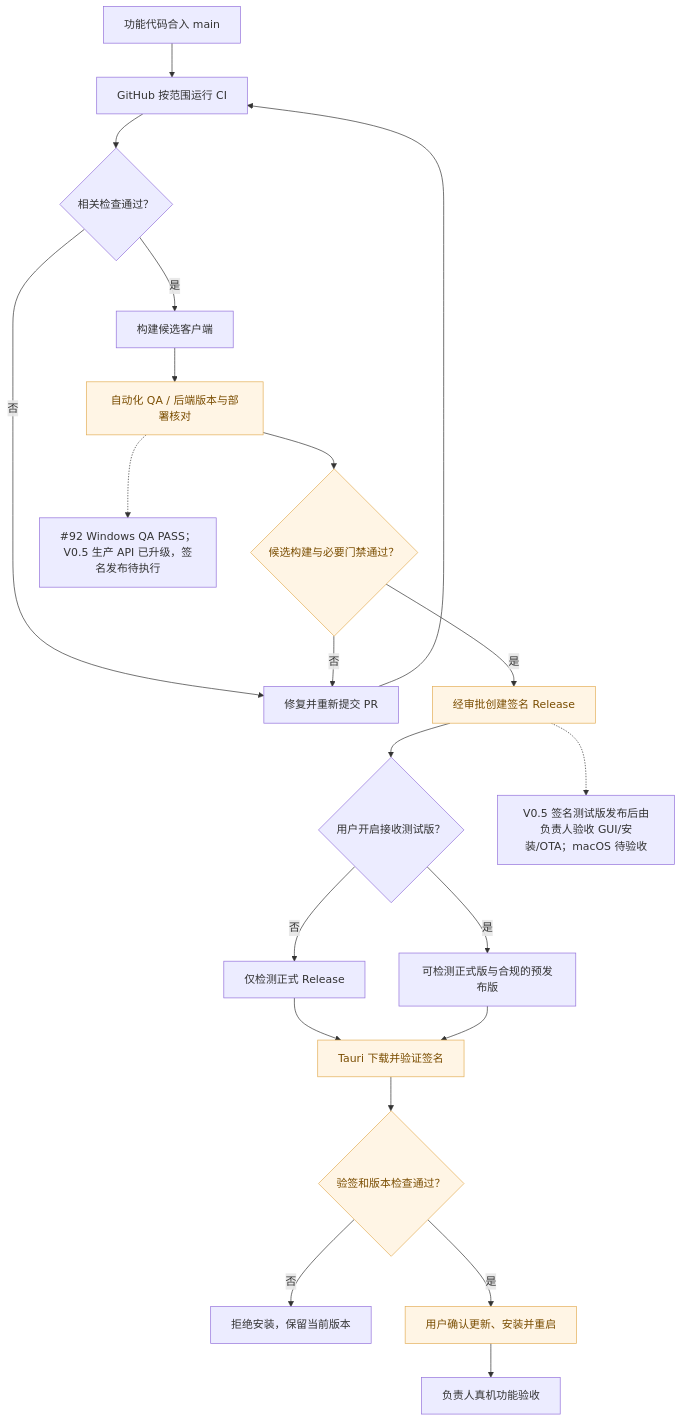
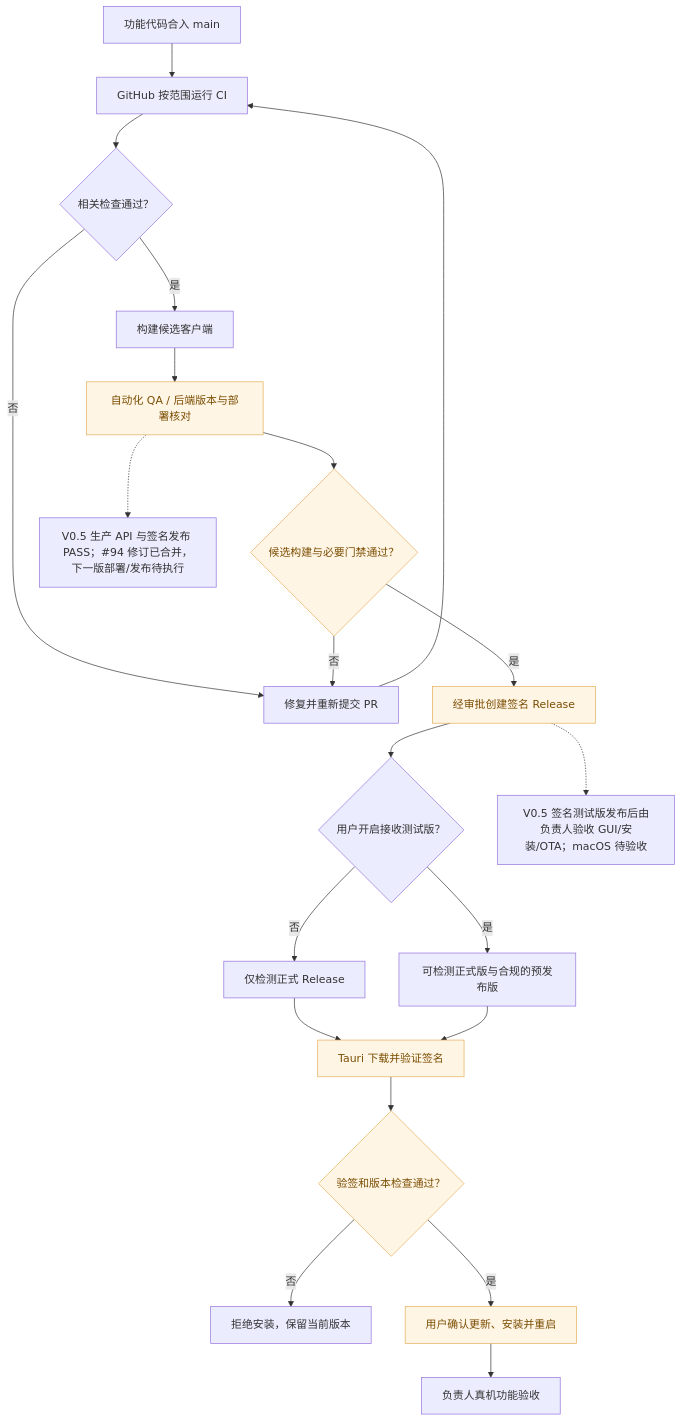
The ninth of 9 diagrams in docs/product/FEATURE-STATUS.md (Fan6512/una-seller), drawn with Mermaid before and after one commit. The commit also changed other lines of this file, not shown here.

```diff
--- a/docs/product/FEATURE-STATUS.md
+++ b/docs/product/FEATURE-STATUS.md
@@ -386,27 +387,27 @@
 ~~~mermaid
 flowchart TD
     A["功能代码合入 main"] --> B["GitHub 按范围运行 CI"]
     B --> C{"相关检查通过？"}
     C -->|否| D["修复并重新提交 PR"]
     D --> B
     C -->|是| E["构建候选客户端"]
     E --> F["自动化 QA / 后端版本与部署核对"]
     F --> G{"候选构建与必要门禁通过？"}
     G -->|否| D
     G -->|是| H["经审批创建签名 Release"]
     H --> I{"用户开启接收测试版？"}
     I -->|否| J["仅检测正式 Release"]
     I -->|是| K["可检测正式版与合规的预发布版"]
     J --> L["Tauri 下载并验证签名"]
     K --> L
     L --> M{"验签和版本检查通过？"}
     M -->|否| N["拒绝安装，保留当前版本"]
     M -->|是| O["用户确认更新、安装并重启"]
 
-    F -.-> P["#92 Windows QA PASS；V0.5 生产 API 已升级，签名发布待执行"]
+    F -.-> P["V0.5 生产 API 与签名发布 PASS；#94 修订已合并，下一版部署/发布待执行"]
     H -.-> Q["V0.5 签名测试版发布后由负责人验收 GUI/安装/OTA；macOS 待验收"]
     O --> R["负责人真机功能验收"]
 
     classDef verify fill:#fff5e5,color:#7a4d00,stroke:#e3ae56
     class F,G,H,L,M,O verify
 ~~~
```
